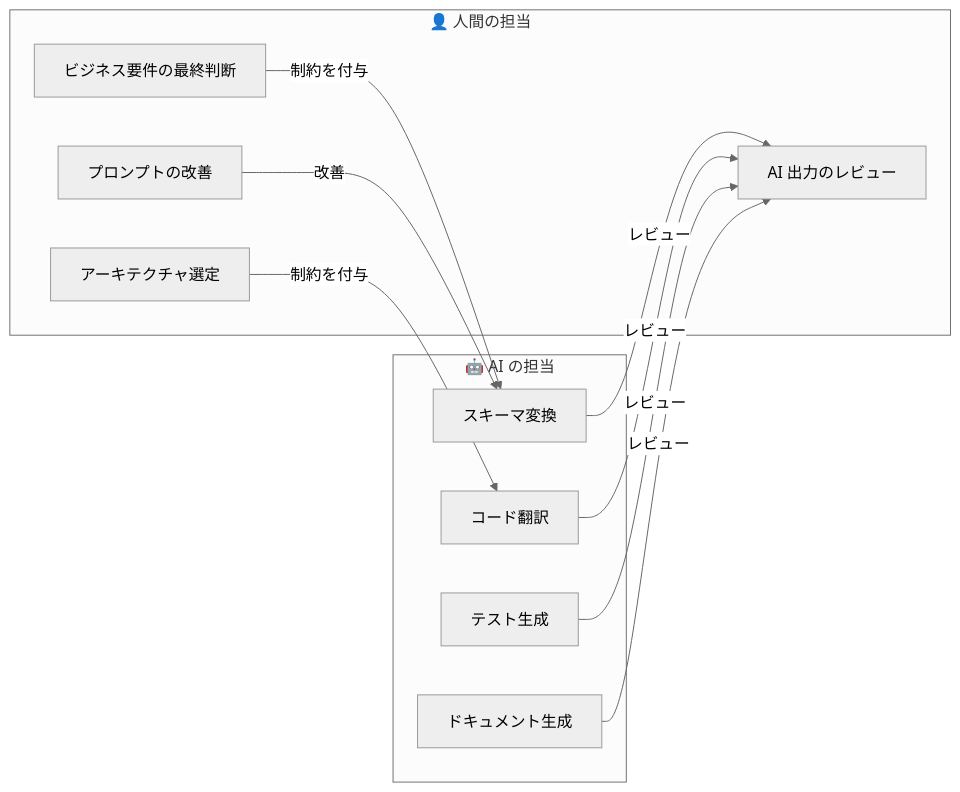
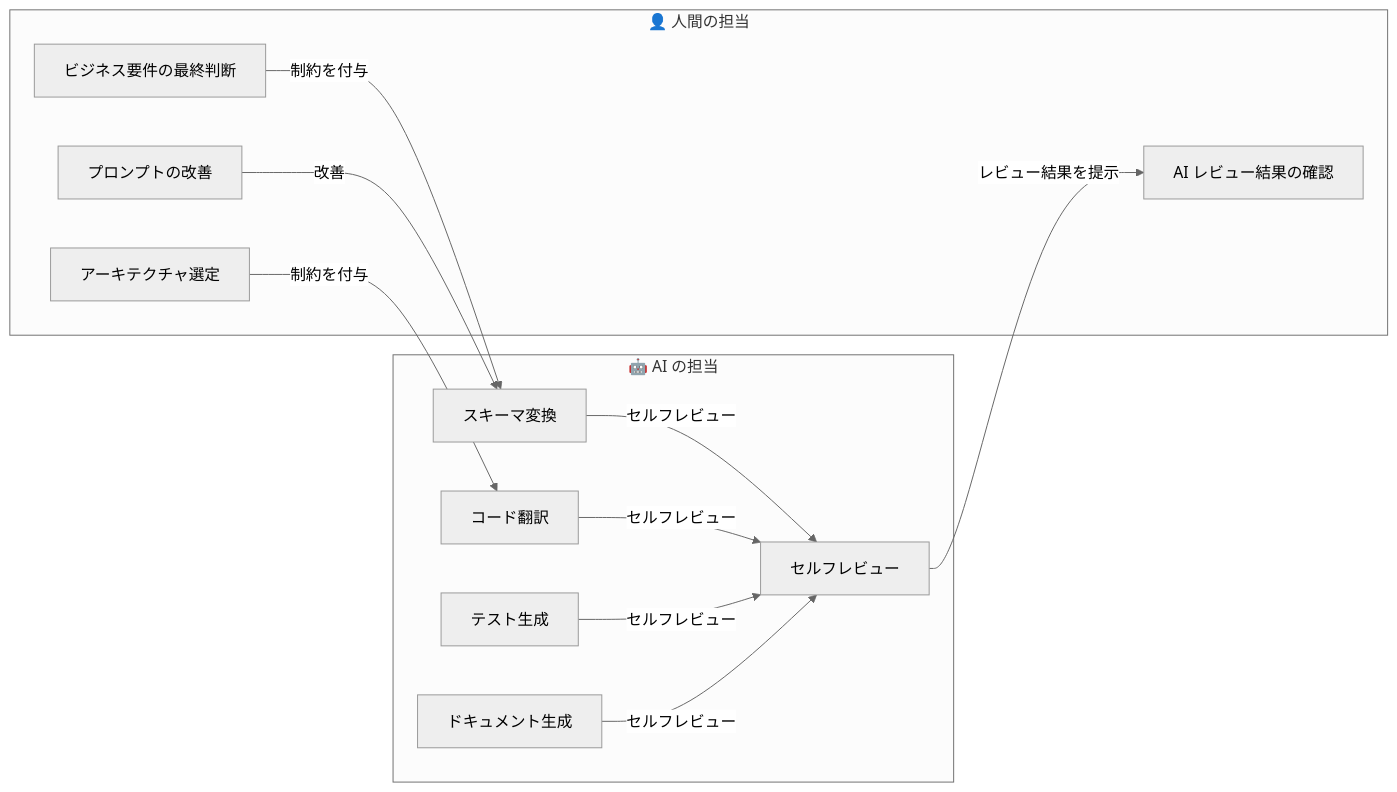
One commit to tyorikan/migration-with-ai changed the second of 3 diagrams in hands-on/HANDSON.md. Above: the diagram before and after it, drawn with Mermaid (neutral theme). The commit also changed other lines of this file and 7 other files, not shown here.

Commit message:
Improve handson flow

````diff
--- a/hands-on/HANDSON.md
+++ b/hands-on/HANDSON.md
@@ -113,22 +144,24 @@
 ```mermaid
 graph LR
     subgraph "🤖 AI の担当"
         A1["スキーマ変換"]
         A2["コード翻訳"]
         A3["テスト生成"]
         A4["ドキュメント生成"]
+        A5["セルフレビュー"]
     end
     subgraph "👤 人間の担当"
         H1["ビジネス要件の最終判断"]
         H2["アーキテクチャ選定"]
-        H3["AI 出力のレビュー"]
+        H3["AI レビュー結果の確認"]
         H4["プロンプトの改善"]
     end
-    A1 -->|"レビュー"| H3
-    A2 -->|"レビュー"| H3
-    A3 -->|"レビュー"| H3
-    A4 -->|"レビュー"| H3
+    A1 -->|"セルフレビュー"| A5
+    A2 -->|"セルフレビュー"| A5
+    A3 -->|"セルフレビュー"| A5
+    A4 -->|"セルフレビュー"| A5
+    A5 -->|"レビュー結果を提示"| H3
     H1 -->|"制約を付与"| A1
     H2 -->|"制約を付与"| A2
     H4 -->|"改善"| A1
 ```
````
